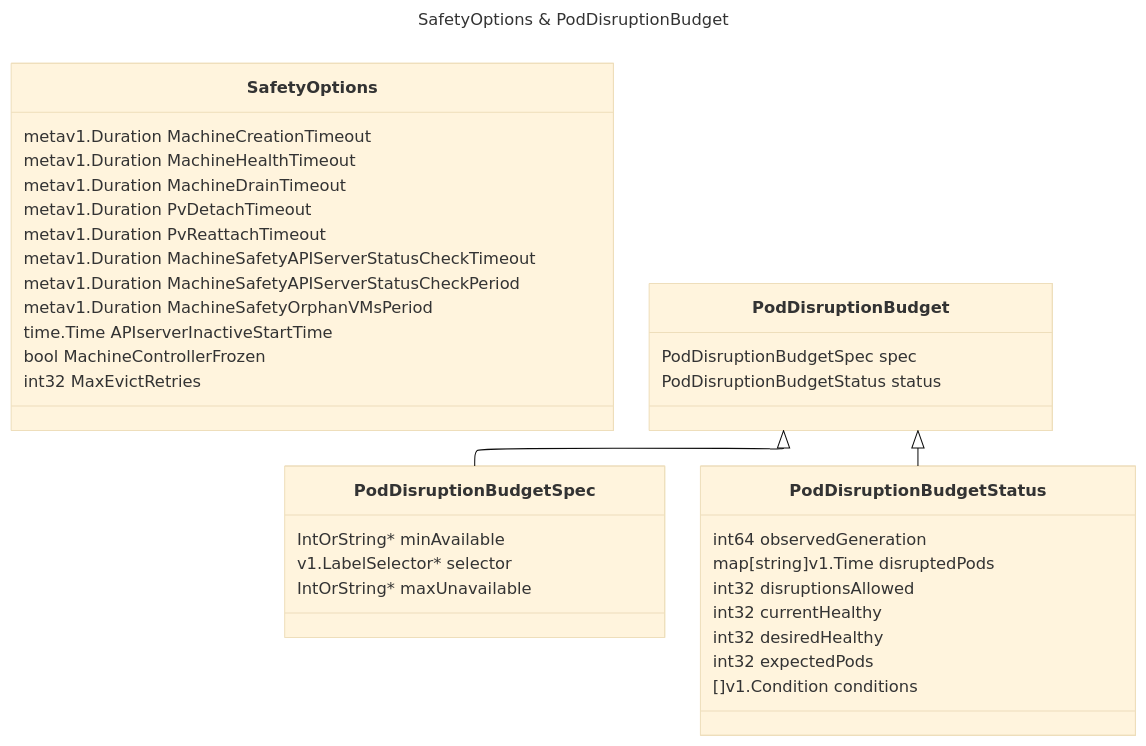
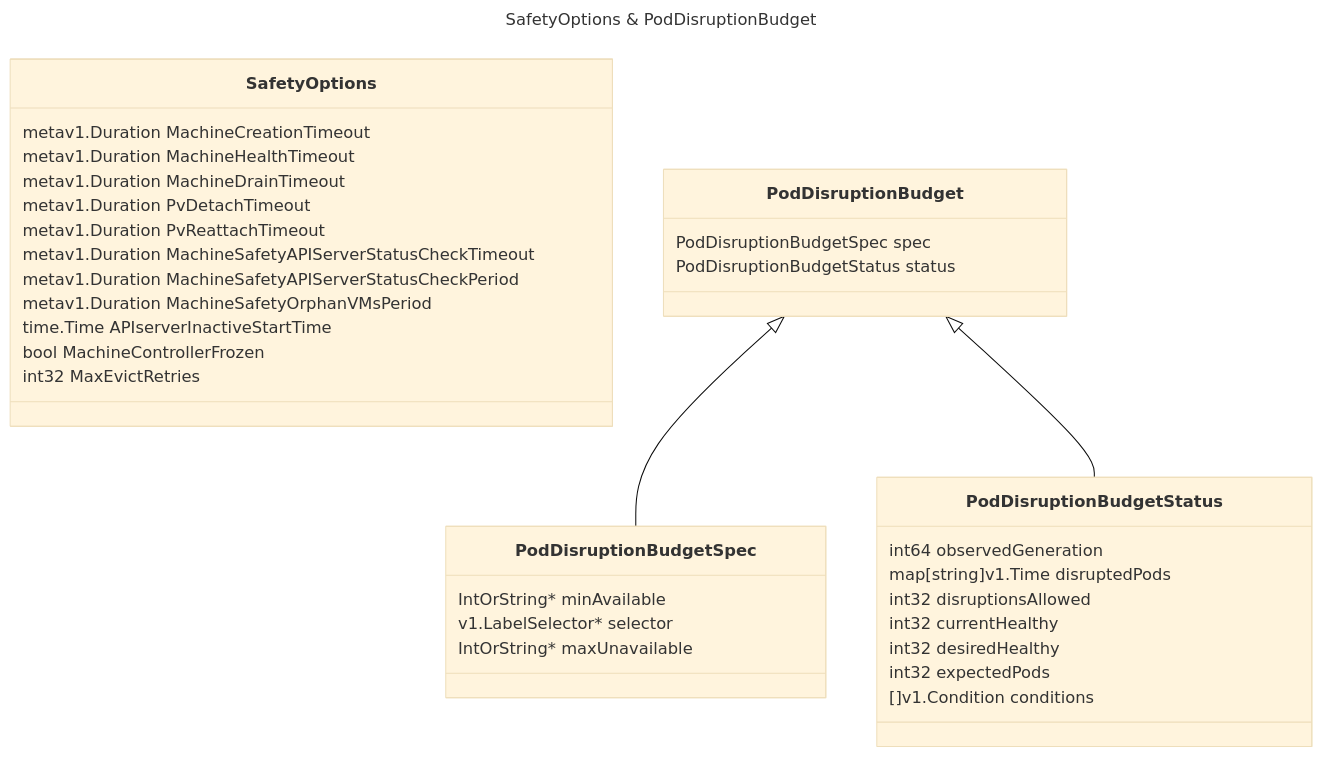
The fifth of 6 diagrams in content/notes/20241129T160749--mcm__k8s_sap_work.md (brongulus/brongulus.github.io), drawn with Mermaid (base theme) before and after one commit. The commit also changed other lines of this file and 7 other files, not shown here.

````diff
--- a/content/notes/20241129T160749--mcm__k8s_sap_work.md
+++ b/content/notes/20241129T160749--mcm__k8s_sap_work.md
@@ -296,46 +292,45 @@
 ```mermaid
 ---
 title: SafetyOptions & PodDisruptionBudget
 config:
-  layout: elk
   class:
     hideEmptyMembersBox: true
 ---
 classDiagram
 class SafetyOptions{
  metav1.Duration	MachineCreationTimeout
  metav1.Duration	MachineHealthTimeout
  metav1.Duration	MachineDrainTimeout
  metav1.Duration	PvDetachTimeout
  metav1.Duration	PvReattachTimeout
  metav1.Duration	MachineSafetyAPIServerStatusCheckTimeout
  metav1.Duration	MachineSafetyAPIServerStatusCheckPeriod
  metav1.Duration	MachineSafetyOrphanVMsPeriod
 	time.Time APIserverInactiveStartTime
 	bool MachineControllerFrozen
 	int32 MaxEvictRetries
 }
 
 PodDisruptionBudget <|-- PodDisruptionBudgetSpec
 PodDisruptionBudget <|-- PodDisruptionBudgetStatus
 class PodDisruptionBudget{
 PodDisruptionBudgetSpec spec
 PodDisruptionBudgetStatus status
 }
 
 class PodDisruptionBudgetSpec{
 IntOrString* minAvailable
 v1.LabelSelector* selector
 IntOrString* maxUnavailable
 }
 
 class PodDisruptionBudgetStatus{
 int64 observedGeneration
 map[string]v1.Time disruptedPods
 int32 disruptionsAllowed
 int32 currentHealthy
 int32 desiredHealthy
 int32 expectedPods
 []v1.Condition conditions
 }
 ```
````
